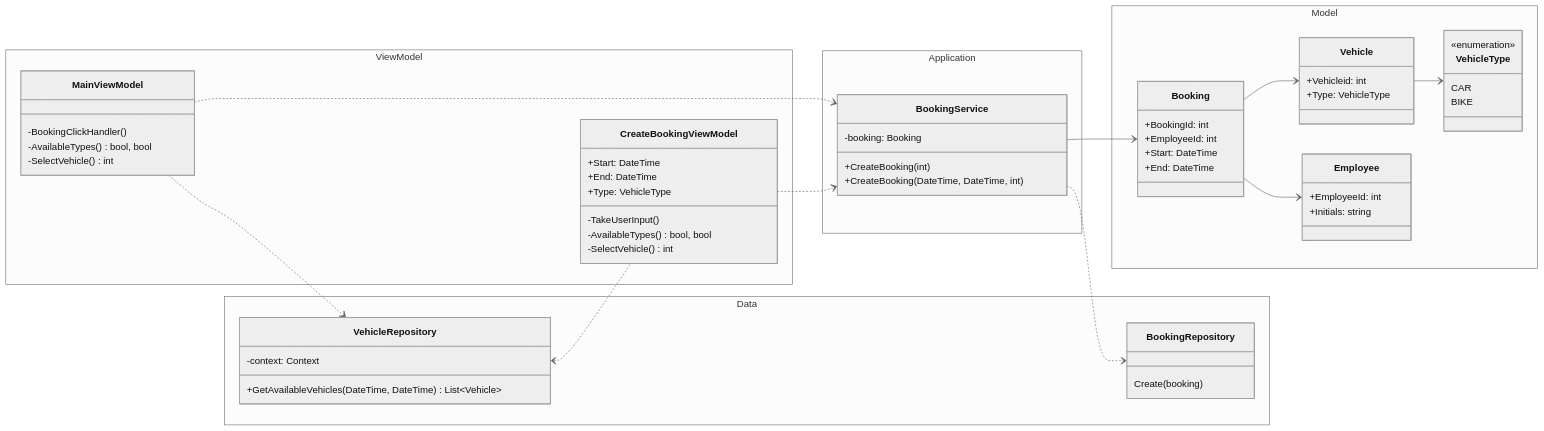
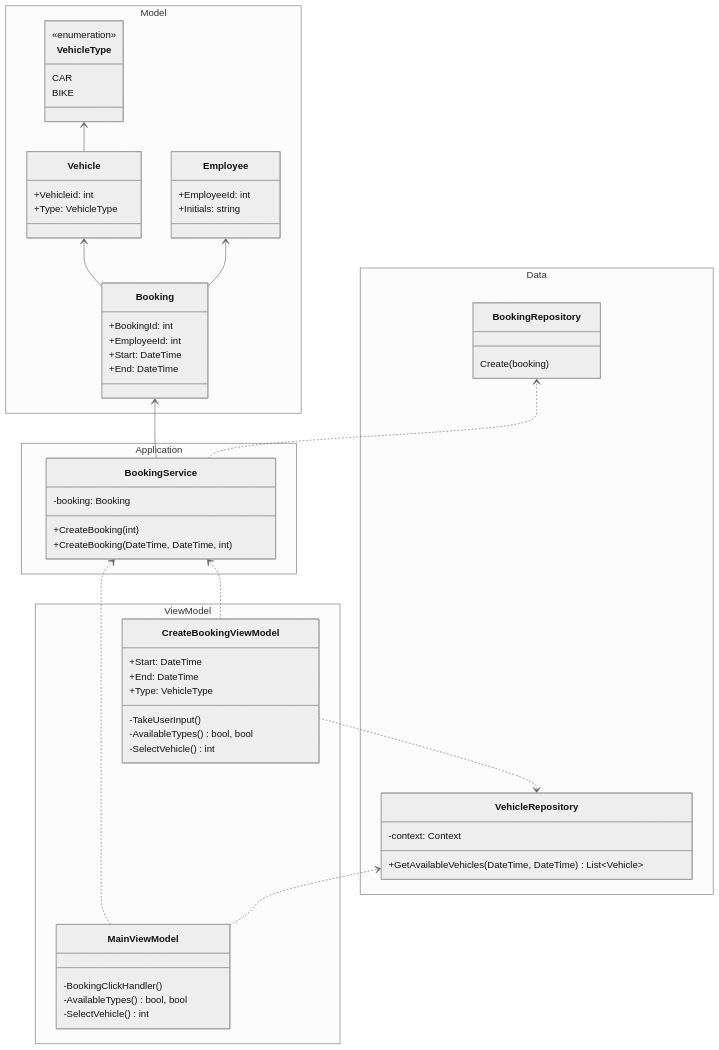
The diagram in docs/notes/Klassediagram version 2.md (Anmi9/2.SemesterEksamensprojekt), drawn with Mermaid (neutral theme) before and after one commit.

Commit message:
docs(mhn): gjort klassediagram mere læsbart

````diff
--- a/docs/notes/Klassediagram version 2.md
+++ b/docs/notes/Klassediagram version 2.md
@@ -11,77 +11,77 @@
 ```mermaid 
 classDiagram  
-direction LR
+direction BT
 namespace Model{
 class VehicleType{
 <<enumeration>>
 CAR
 BIKE
 }
 class Vehicle{
 +Vehicleid: int
 +Type: VehicleType
 }
 class Employee{
 +EmployeeId: int
 +Initials: string
 }
 class Booking{
 +BookingId: int
 +EmployeeId: int
 %% +VehicleId: int
 +Start: DateTime
 +End: DateTime
 }}
 namespace Data{
 class BookingRepository{
 Create(booking) 
 }
 class VehicleRepository{
 -context: Context
 +GetAvailableVehicles(DateTime, DateTime) List~Vehicle~
 }}
 namespace Application{
 class BookingService{
 -booking: Booking
 +CreateBooking(int) 
 +CreateBooking(DateTime, DateTime, int) 
 }
 
 }
 
 namespace ViewModel{
 class CreateBookingViewModel{
 +Start: DateTime
 +End: DateTime
 +Type: VehicleType 
 -TakeUserInput()
 -AvailableTypes() bool, bool
 -SelectVehicle() int
 }
 class MainViewModel{
 
 -BookingClickHandler()
 -AvailableTypes() bool, bool
 -SelectVehicle() int
 
 
 }}
 
 BookingService..>BookingRepository
 
 BookingService-->Booking
 
 Booking-->Vehicle
 Booking-->Employee
 
 
 VehicleRepository<..CreateBookingViewModel
 
 MainViewModel..>VehicleRepository
 MainViewModel..>BookingService
 CreateBookingViewModel ..> BookingService
 
 
 Vehicle-->VehicleType
 
 ```
````
